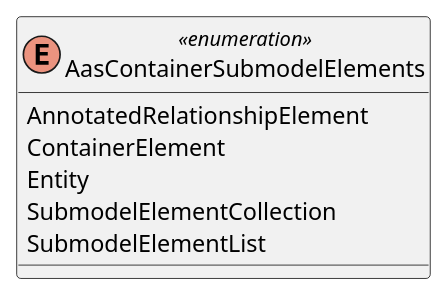
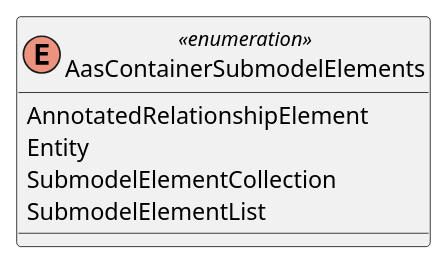
One commit to admin-shell-io/aas-specs changed the diagram in documentation/IDTA-01001/modules/ROOT/partials/diagrams/classes/enum-aas-container-submodel-elements.puml. Above: the diagram before and after it, drawn with PlantUML. The commit also changed 13 other files, not shown here.

Commit message:
Revert introduction of ContainerElement submodel element class (#333)

```diff
--- a/documentation/IDTA-01001/modules/ROOT/partials/diagrams/classes/enum-aas-container-submodel-elements.puml
+++ b/documentation/IDTA-01001/modules/ROOT/partials/diagrams/classes/enum-aas-container-submodel-elements.puml
@@ -1,9 +1,8 @@
 @startuml
 enum AasContainerSubmodelElements <<enumeration>> {
   AnnotatedRelationshipElement
-  ContainerElement
   Entity
   SubmodelElementCollection
   SubmodelElementList
 }
 @enduml
```
